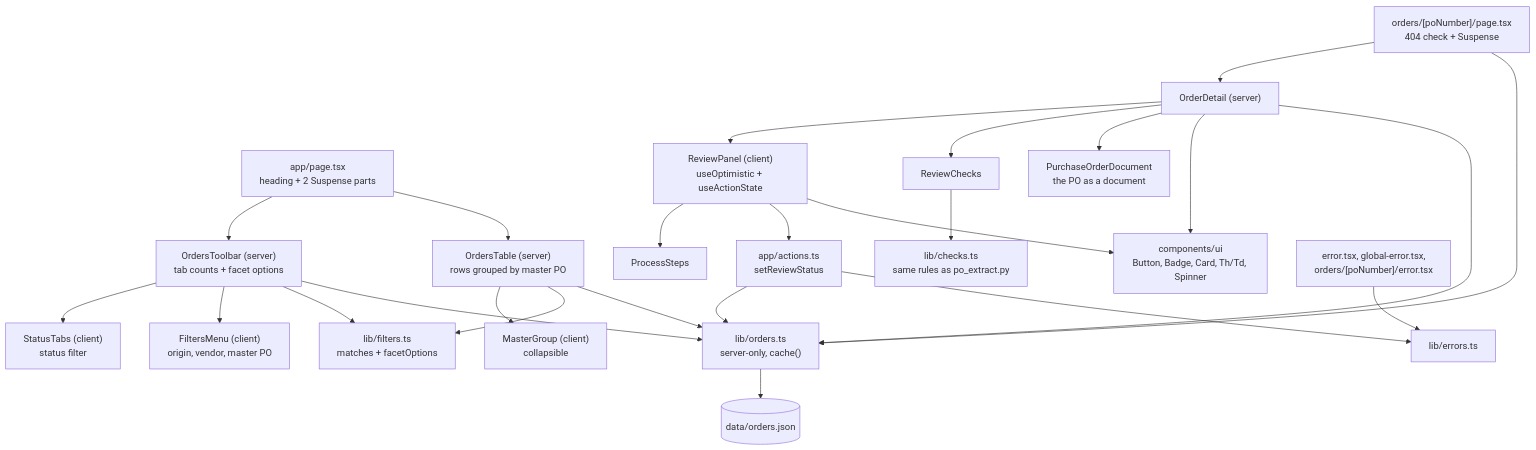
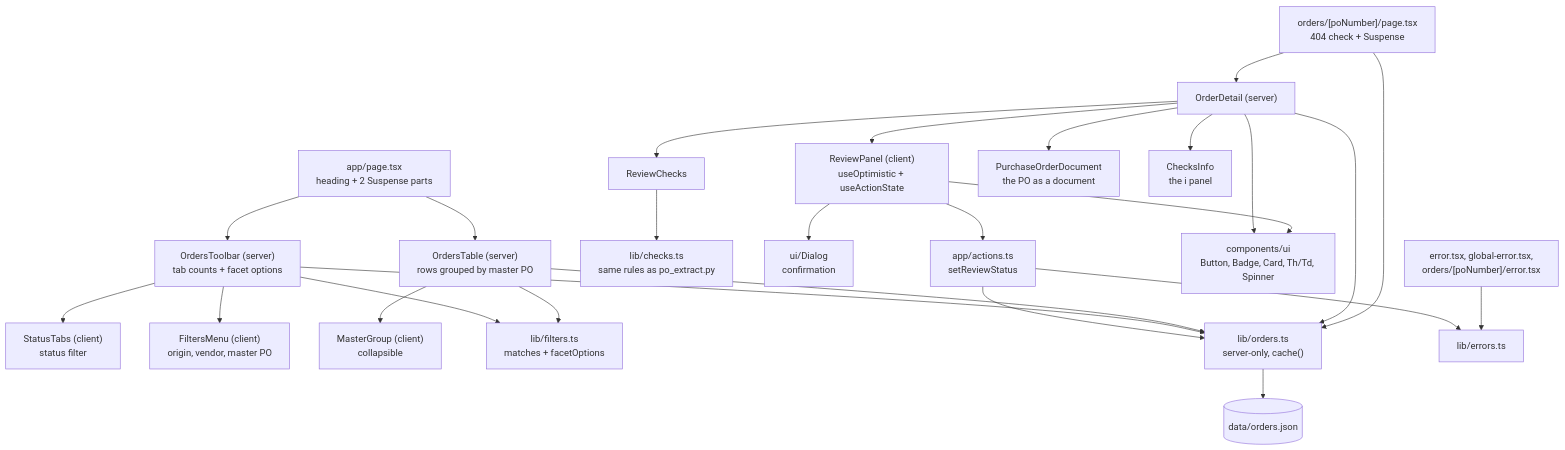
One commit to TRUPALIX9/bhf-take-home changed the third of 10 diagrams in docs/DESIGN.md. Above: the diagram before and after it, drawn with Mermaid. The commit also changed other lines of this file and 33 other files, not shown here.

First line of the commit message:
Realistic review workflow with confirmations; plain-language checks; tighter parser

````diff
--- a/docs/DESIGN.md
+++ b/docs/DESIGN.md
@@ -62,27 +60,27 @@
 ```mermaid
 flowchart TD
   List["app/page.tsx<br/>heading + 2 Suspense parts"] --> Toolbar["OrdersToolbar (server)<br/>tab counts + facet options"]
   List --> Table["OrdersTable (server)<br/>rows grouped by master PO"]
   Toolbar --> Tabs["StatusTabs (client)<br/>status filter"]
   Toolbar --> FM["FiltersMenu (client)<br/>origin, vendor, master PO"]
   Table --> MG["MasterGroup (client)<br/>collapsible"]
   Toolbar --> F["lib/filters.ts<br/>matches + facetOptions"]
   Table --> F
   Detail["orders/[poNumber]/page.tsx<br/>404 check + Suspense"] --> OD["OrderDetail (server)"]
-  Steps["ProcessSteps"]
   OD --> Review["ReviewPanel (client)<br/>useOptimistic + useActionState"]
   OD --> Checks["ReviewChecks"] --> CK["lib/checks.ts<br/>same rules as po_extract.py"]
   OD --> Doc["PurchaseOrderDocument<br/>the PO as a document"]
-  Review --> Steps
+  Review --> Dlg["ui/Dialog<br/>confirmation"]
+  OD --> Info["ChecksInfo<br/>the i panel"]
   Review --> Action["app/actions.ts<br/>setReviewStatus"]
   OD --> UI["components/ui<br/>Button, Badge, Card, Th/Td, Spinner"]
   Review --> UI
   Action --> Orders["lib/orders.ts<br/>server-only, cache()"]
   Toolbar --> Orders
   Table --> Orders
   OD --> Orders
   Detail --> Orders
   Action --> Errors["lib/errors.ts"]
   Boundaries["error.tsx, global-error.tsx,<br/>orders/[poNumber]/error.tsx"] --> Errors
   Orders --> Seed[("data/orders.json")]
 ```
````
